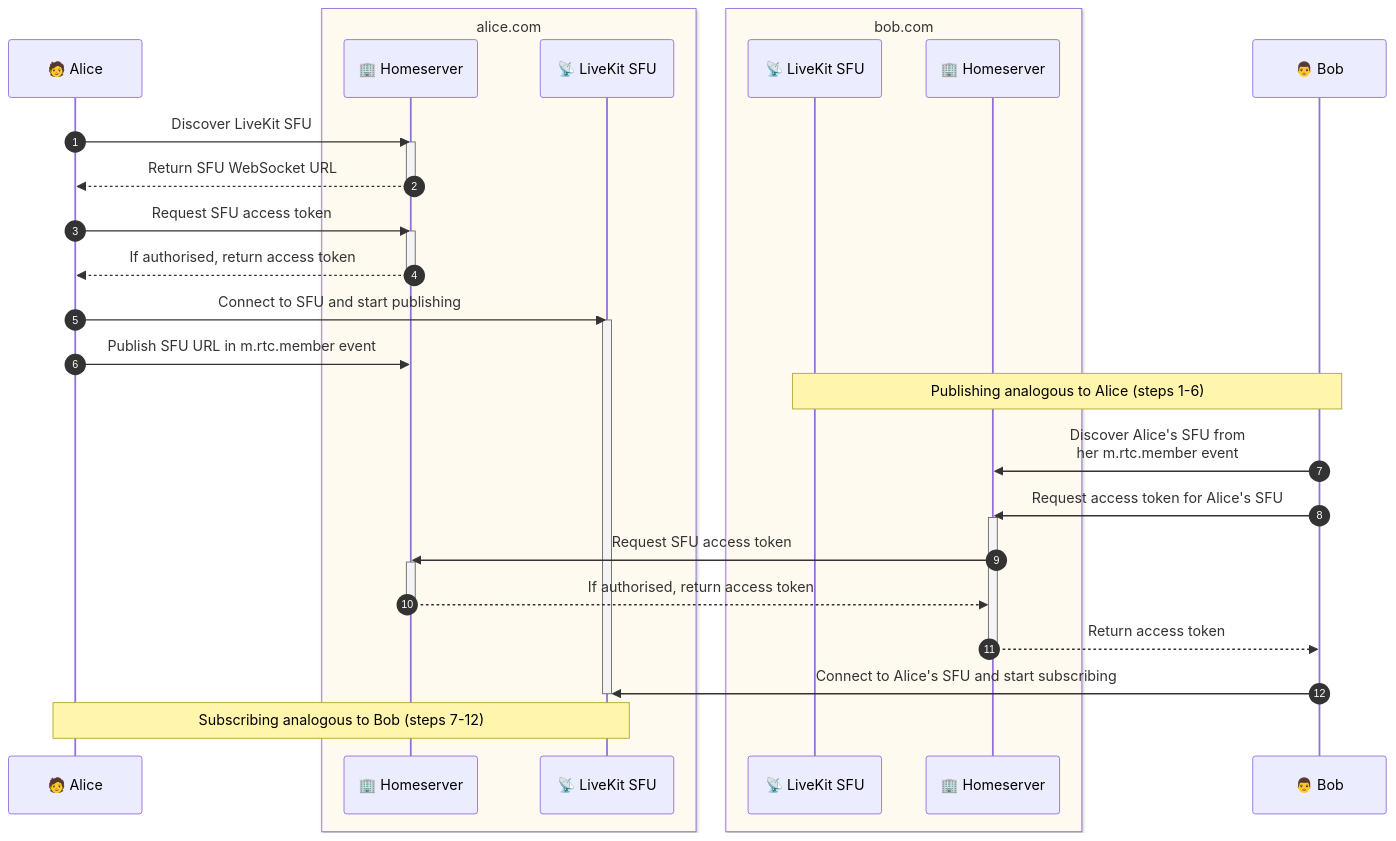
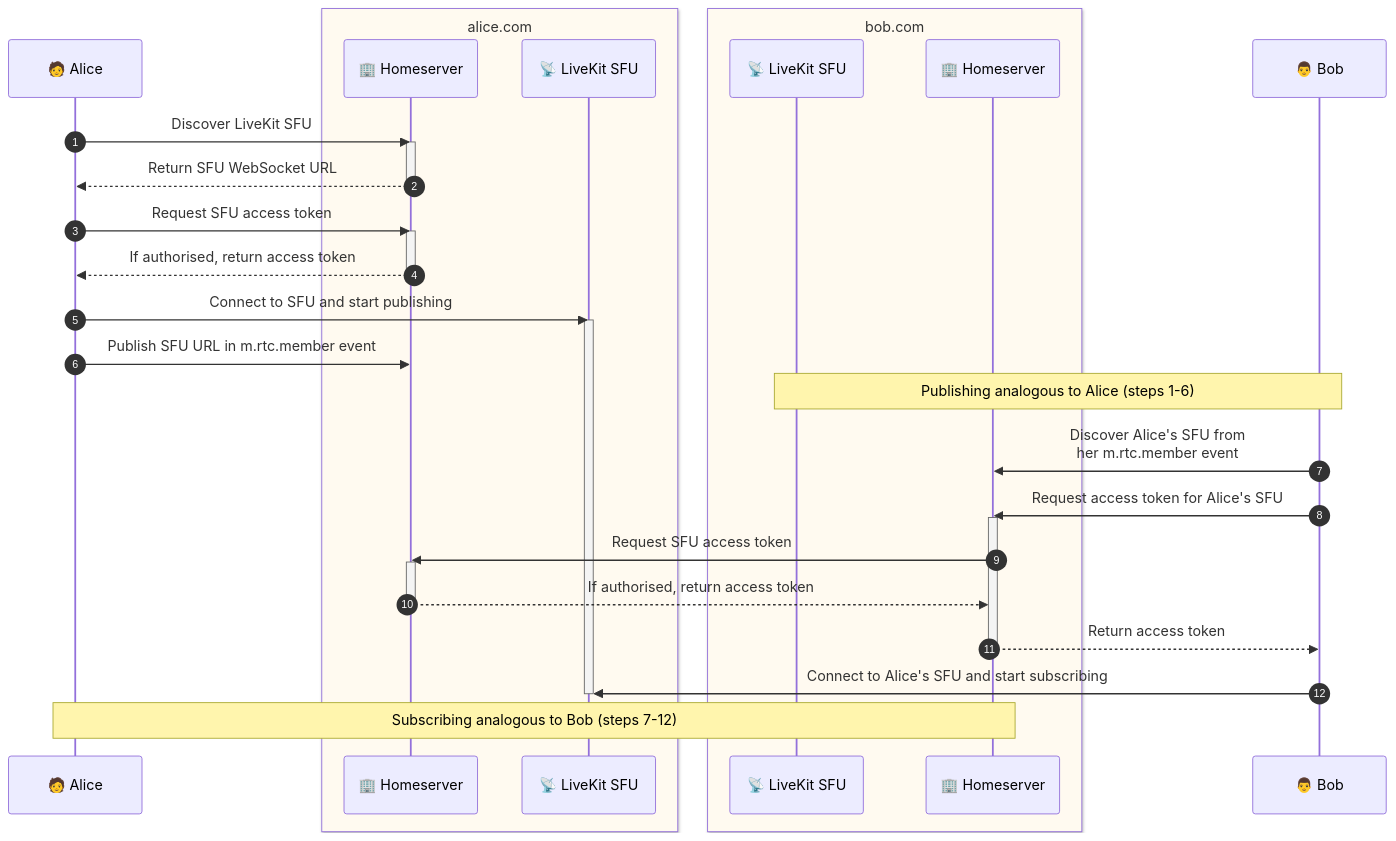
One commit to matrix-org/matrix-spec-proposals changed the first of 2 diagrams in proposals/4195-matrixrtc-livekit.md. Above: the diagram before and after it, drawn with Mermaid.

Commit message:
Extend note across other home server

````diff
--- a/proposals/4195-matrixrtc-livekit.md
+++ b/proposals/4195-matrixrtc-livekit.md
@@ -296,51 +296,51 @@
 ```mermaid
 sequenceDiagram
     autonumber
 
     participant U as 🧑 Alice
 
     box floralwhite alice.com
         participant H as 🏢 Homeserver
         participant L as 📡 LiveKit SFU
     end
 
     box floralwhite bob.com
         participant L1 as 📡 LiveKit SFU
         participant H1 as 🏢 Homeserver
     end
 
     participant U1 as 👨 Bob
 
     U->>H: Discover LiveKit SFU
     activate H
     H-->>U: Return SFU WebSocket URL
     deactivate H
 
     U->>H: Request SFU access token
     activate H
     H-->>U: If authorised, return access token
     deactivate H
 
     U->>L: Connect to SFU and start publishing
     activate L
 
     U->>H: Publish SFU URL in m.rtc.member event
 
     Note over U1,L1: Publishing analogous to Alice (steps 1-6)
 
     U1->>H1: Discover Alice's SFU from<br/>her m.rtc.member event
 
     U1->>H1: Request access token for Alice's SFU
     activate H1
     H1->>H: Request SFU access token
     activate H
     H-->>H1: If authorised, return access token
     deactivate H
     H1-->>U1: Return access token
     deactivate H1
 
     U1->>L: Connect to Alice's SFU and start subscribing
     deactivate L
 
-    Note over U,L: Subscribing analogous to Bob (steps 7-12)
+    Note over U,H1: Subscribing analogous to Bob (steps 7-12)
 ```
````
